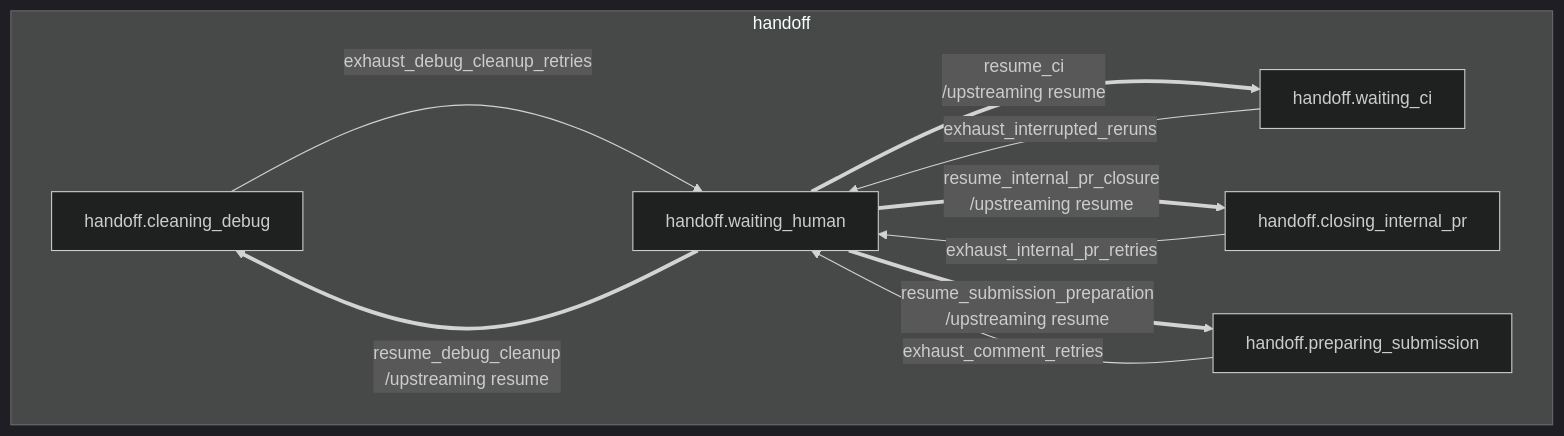
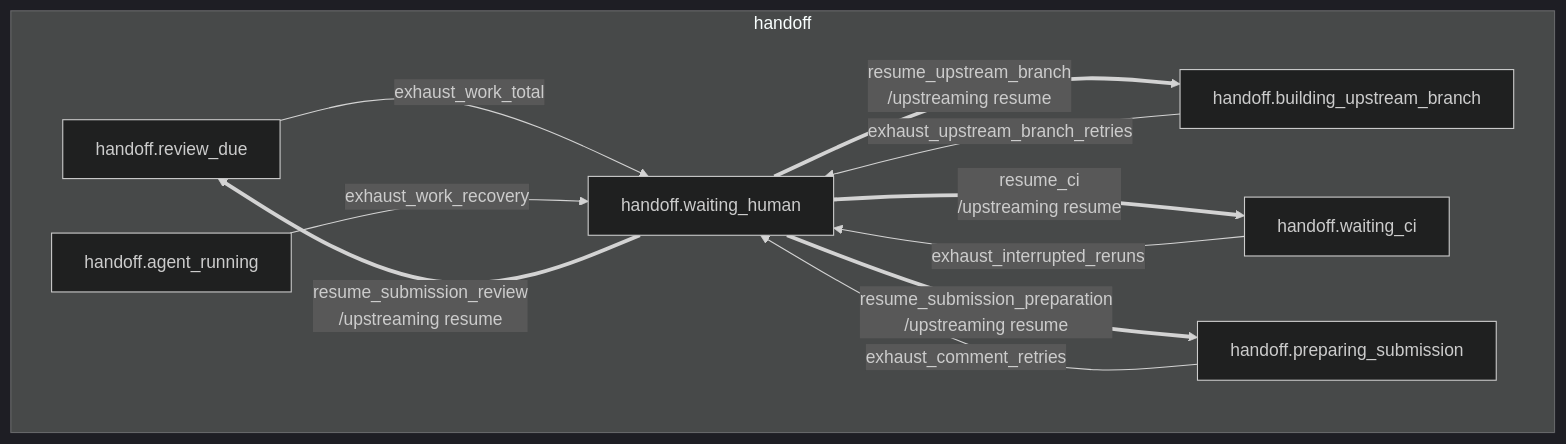
Before and after one commit to riseproject-dev/porting-agent: diagram 32 of 60 in docs/state-machine/decisions.md, drawn with Mermaid (dark theme). The commit also changed other lines of this file and 55 other files, not shown here.

````diff
--- a/docs/state-machine/decisions.md
+++ b/docs/state-machine/decisions.md
@@ -775,19 +775,21 @@
 ```mermaid
 flowchart TB
     subgraph handoff["handoff"]
-        handoff_cleaning_debug["handoff.cleaning_debug"]
+        handoff_review_due["handoff.review_due"]
+        handoff_agent_running["handoff.agent_running"]
+        handoff_building_upstream_branch["handoff.building_upstream_branch"]
         handoff_waiting_ci["handoff.waiting_ci"]
-        handoff_closing_internal_pr["handoff.closing_internal_pr"]
         handoff_preparing_submission["handoff.preparing_submission"]
         handoff_waiting_human["handoff.waiting_human"]
     end
 
-    handoff_cleaning_debug -->|exhaust_debug_cleanup_retries| handoff_waiting_human
+    handoff_review_due -->|exhaust_work_total| handoff_waiting_human
+    handoff_agent_running -->|exhaust_work_recovery| handoff_waiting_human
+    handoff_building_upstream_branch -->|exhaust_upstream_branch_retries| handoff_waiting_human
     handoff_waiting_ci -->|exhaust_interrupted_reruns| handoff_waiting_human
-    handoff_closing_internal_pr -->|exhaust_internal_pr_retries| handoff_waiting_human
     handoff_preparing_submission -->|exhaust_comment_retries| handoff_waiting_human
-    handoff_waiting_human ==>|resume_debug_cleanup<br/>/upstreaming resume| handoff_cleaning_debug
+    handoff_waiting_human ==>|resume_submission_review<br/>/upstreaming resume| handoff_review_due
+    handoff_waiting_human ==>|resume_upstream_branch<br/>/upstreaming resume| handoff_building_upstream_branch
     handoff_waiting_human ==>|resume_ci<br/>/upstreaming resume| handoff_waiting_ci
-    handoff_waiting_human ==>|resume_internal_pr_closure<br/>/upstreaming resume| handoff_closing_internal_pr
     handoff_waiting_human ==>|resume_submission_preparation<br/>/upstreaming resume| handoff_preparing_submission
 ```
````
